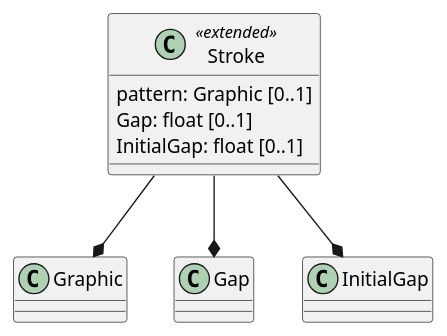
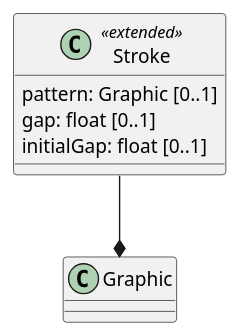
One commit to opengeospatial/styles-and-symbology changed the fourth of 4 diagrams in core/sections/clause_13_advanced_strokes.adoc. Above: the diagram before and after it, drawn with PlantUML. The commit also changed other lines of this file, not shown here.

```diff
--- a/core/sections/clause_13_advanced_strokes.adoc
+++ b/core/sections/clause_13_advanced_strokes.adoc
@@ -121,10 +116,8 @@
 [plantuml, target=diagram-classes, format=png]
 ....
 class Stroke <<extended>>
 Stroke : pattern: Graphic [0..1]
-Stroke : Gap: float [0..1]
-Stroke : InitialGap: float [0..1]
+Stroke : gap: float [0..1]
+Stroke : initialGap: float [0..1]
 Stroke --* Graphic
-Stroke --* Gap
-Stroke --* InitialGap
 ....
```
